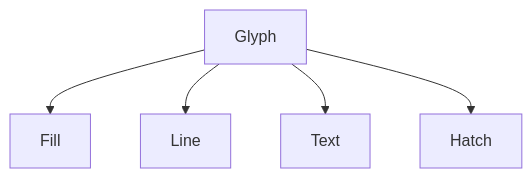
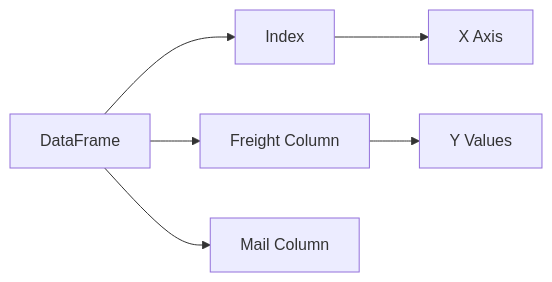
Before and after one commit to Balasubramanian-pg/MSC.-Data-Science-AI: the diagram in Trimester 1/Data Visualization & Storytelling/W10 - Module 4c. Python Bokeh package/L29/Decorating the Visuals/Mental Model.md, drawn with Mermaid. The commit also changed other lines of this file, not shown here.

Commit message:
Add split section: Mental Model

````diff
--- a/Trimester 1/Data Visualization & Storytelling/W10 - Module 4c. Python Bokeh package/L29/Decorating the Visuals/Mental Model.md
+++ b/Trimester 1/Data Visualization & Storytelling/W10 - Module 4c. Python Bokeh package/L29/Decorating the Visuals/Mental Model.md
@@ -5,7 +3,9 @@
 ```mermaid
-flowchart TD
-    A[Glyph] --> B[Fill]
-    A --> C[Line]
-    A --> D[Text]
-    A --> E[Hatch]
+flowchart LR
+    A[DataFrame] --> B[Index]
+    A --> C[Freight Column]
+    A --> D[Mail Column]
+
+    B --> E[X Axis]
+    C --> F[Y Values]
 ```
````
